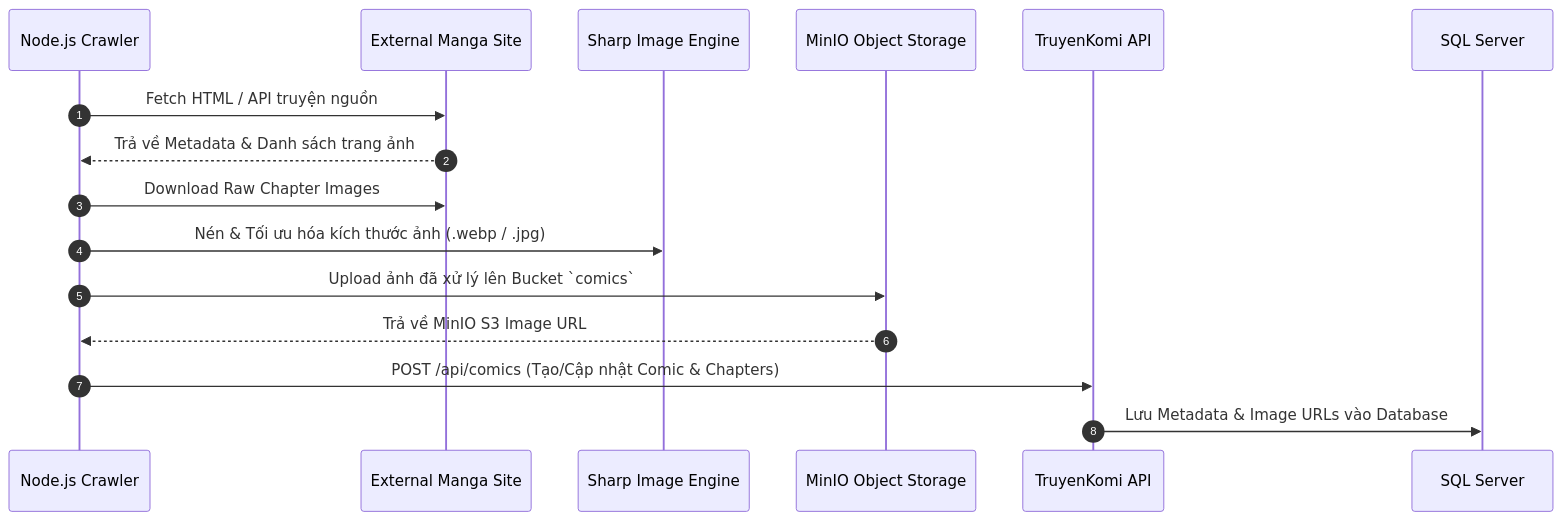
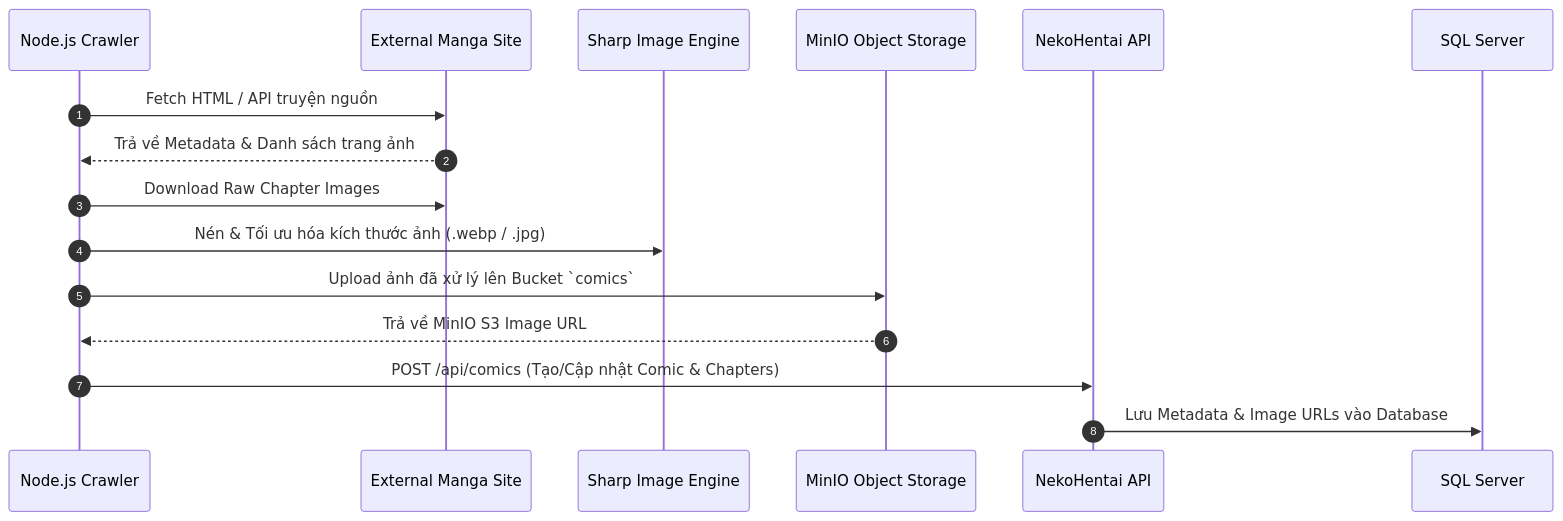
Before and after one commit to anhngduc0311/truyenhi: the fourth of 4 diagrams in architecture.md, drawn with Mermaid. The commit also changed other lines of this file and 82 other files, not shown here.

````diff
--- a/architecture.md
+++ b/architecture.md
@@ -241,19 +241,19 @@
 ```mermaid
 sequenceDiagram
     autonumber
     participant Crawler as Node.js Crawler
     participant Target as External Manga Site
     participant Sharp as Sharp Image Engine
     participant MinIO as MinIO Object Storage
-    participant API as TruyenKomi API
+    participant API as NekoHentai API
     participant DB as SQL Server
 
     Crawler->>Target: Fetch HTML / API truyện nguồn
     Target-->>Crawler: Trả về Metadata & Danh sách trang ảnh
     Crawler->>Target: Download Raw Chapter Images
     Crawler->>Sharp: Nén & Tối ưu hóa kích thước ảnh (.webp / .jpg)
     Crawler->>MinIO: Upload ảnh đã xử lý lên Bucket `comics`
     MinIO-->>Crawler: Trả về MinIO S3 Image URL
     Crawler->>API: POST /api/comics (Tạo/Cập nhật Comic & Chapters)
     API->>DB: Lưu Metadata & Image URLs vào Database
 ```
````
